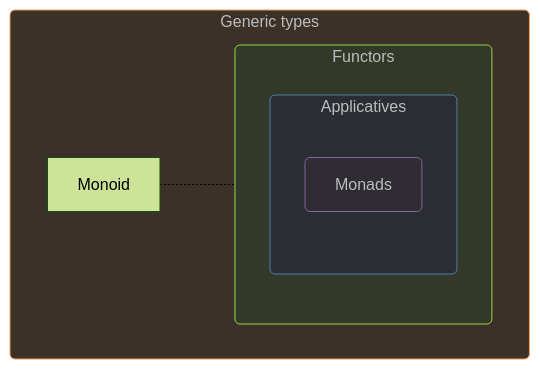
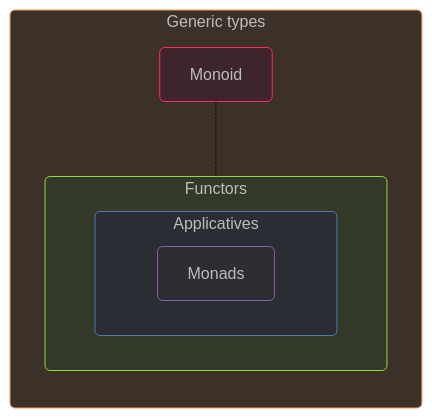
One commit to rdeneau/gitbook-fsharp-training changed the diagram in types-monadic/4-functional-pattern.md. Above: the diagram before and after it, drawn with Mermaid (forest theme). The commit also changed other lines of this file, not shown here.

````diff
--- a/types-monadic/4-functional-pattern.md
+++ b/types-monadic/4-functional-pattern.md
@@ -15,17 +15,17 @@
 ```mermaid
-graph TD
+graph LR
     subgraph G [Generic types]
         subgraph F [Functors]
             subgraph A [Applicatives]
                 M[Monads]
             end
         end
-        Md[Monoid]
-        Md -.- F
+        Md[Monoid]-.-F
     end
 
     style G rx:5,ry:5,color:#bdbdbd,fill:#3c3129,stroke:#f19a55
     style F rx:5,ry:5,color:#bdbdbd,fill:#323928,stroke:#96d642
     style A rx:5,ry:5,color:#bdbdbd,fill:#2a2e34,stroke:#527aae
     style M rx:5,ry:5,color:#bdbdbd,fill:#2f2c33,stroke:#8066a0
+    style Md rx:5,ry:5,color:#bdbdbd,fill:#3e252c,stroke:#ff2b69
 ```
````
